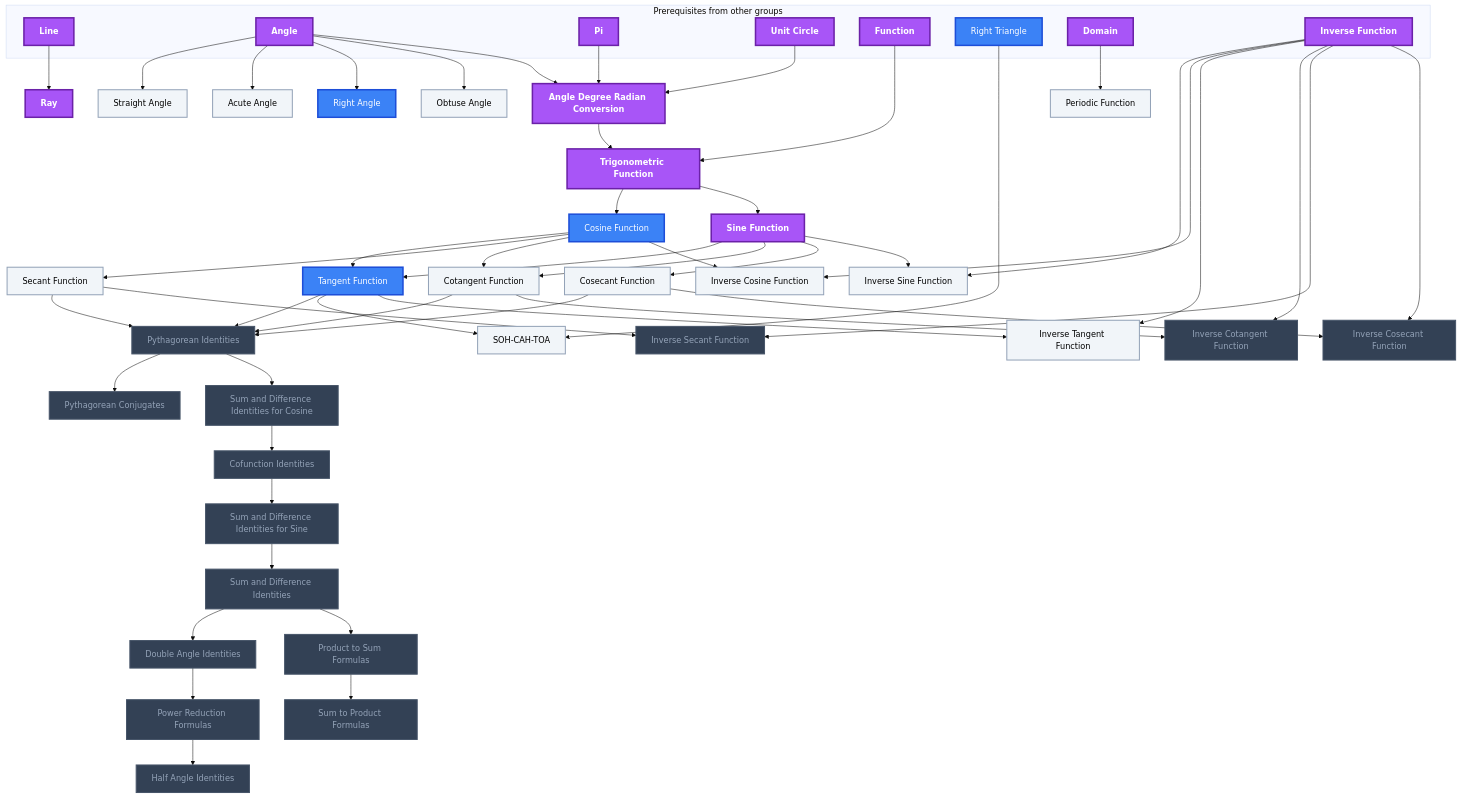
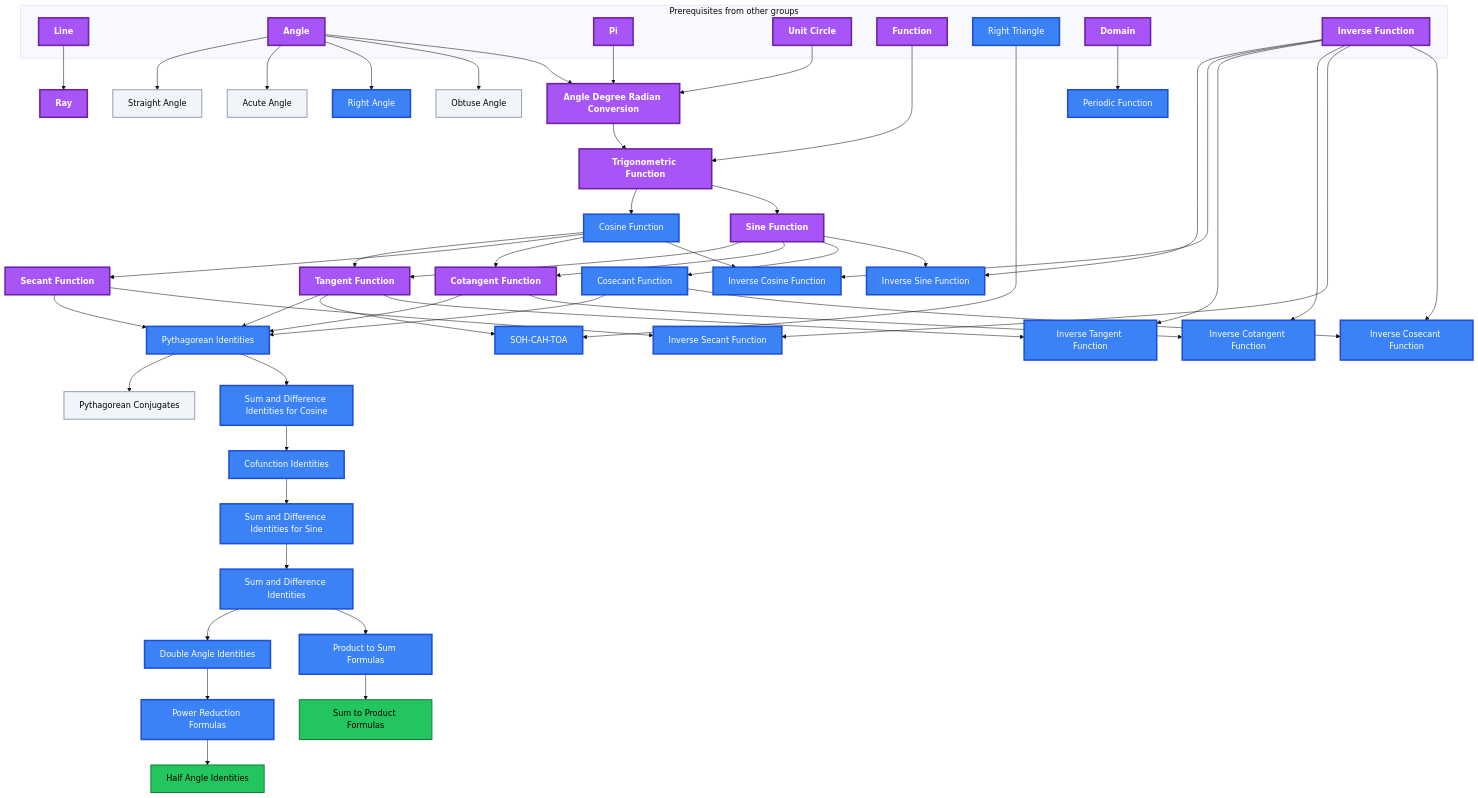
Before and after one commit to MRauf1/My-Notes: the tenth of 11 diagrams in Gamification/Skill Trees/Pre-Calculus.md, drawn with Mermaid (base theme). The commit also changed other lines of this file and 145 other files, not shown here.

````diff
--- a/Gamification/Skill Trees/Pre-Calculus.md
+++ b/Gamification/Skill Trees/Pre-Calculus.md
@@ -715,9 +723,9 @@
     n_secant_function --> n_inverse_secant_function
     n_inverse_function --> n_inverse_cosecant_function
     n_cosecant_function --> n_inverse_cosecant_function
-    class n_pythagorean_identities,n_pythagorean_conjugates,n_sum_and_difference_identities_for_cosine,n_cofunction_identities,n_sum_and_difference_identities_for_sine,n_sum_and_difference_identities,n_double_angle_identities,n_power_reduction_formulas,n_half_angle_identities,n_product_to_sum_formulas,n_sum_to_product_formulas,n_inverse_cotangent_function,n_inverse_secant_function,n_inverse_cosecant_function locked;
-    class n_straight_angle,n_acute_angle,n_obtuse_angle,n_secant_function,n_cotangent_function,n_cosecant_function,n_soh_cah_toa,n_periodic_function,n_inverse_sine_function,n_inverse_cosine_function,n_inverse_tangent_function L0;
-    class n_right_triangle,n_right_angle,n_cosine_function,n_tangent_function L2;
-    class n_line,n_angle,n_pi,n_unit_circle,n_function,n_domain,n_inverse_function,n_ray,n_angle_degree_radian_conversion,n_trigonometric_function,n_sine_function L3;
+    class n_straight_angle,n_acute_angle,n_obtuse_angle,n_pythagorean_conjugates L0;
+    class n_half_angle_identities,n_sum_to_product_formulas L1;
+    class n_right_triangle,n_right_angle,n_cosine_function,n_cosecant_function,n_pythagorean_identities,n_soh_cah_toa,n_sum_and_difference_identities_for_cosine,n_cofunction_identities,n_sum_and_difference_identities_for_sine,n_sum_and_difference_identities,n_double_angle_identities,n_power_reduction_formulas,n_product_to_sum_formulas,n_periodic_function,n_inverse_sine_function,n_inverse_cosine_function,n_inverse_tangent_function,n_inverse_cotangent_function,n_inverse_secant_function,n_inverse_cosecant_function L2;
+    class n_line,n_angle,n_pi,n_unit_circle,n_function,n_domain,n_inverse_function,n_ray,n_angle_degree_radian_conversion,n_trigonometric_function,n_sine_function,n_tangent_function,n_secant_function,n_cotangent_function L3;
     class n_line,n_angle,n_pi,n_unit_circle,n_function,n_right_triangle,n_domain,n_inverse_function,n_ray,n_straight_angle,n_acute_angle,n_right_angle,n_obtuse_angle,n_angle_degree_radian_conversion,n_trigonometric_function,n_cosine_function,n_sine_function,n_tangent_function,n_secant_function,n_cotangent_function,n_cosecant_function,n_pythagorean_identities,n_soh_cah_toa,n_pythagorean_conjugates,n_sum_and_difference_identities_for_cosine,n_cofunction_identities,n_sum_and_difference_identities_for_sine,n_sum_and_difference_identities,n_double_angle_identities,n_power_reduction_formulas,n_half_angle_identities,n_product_to_sum_formulas,n_sum_to_product_formulas,n_periodic_function,n_inverse_sine_function,n_inverse_cosine_function,n_inverse_tangent_function,n_inverse_cotangent_function,n_inverse_secant_function,n_inverse_cosecant_function internal-link;
 ```
````
